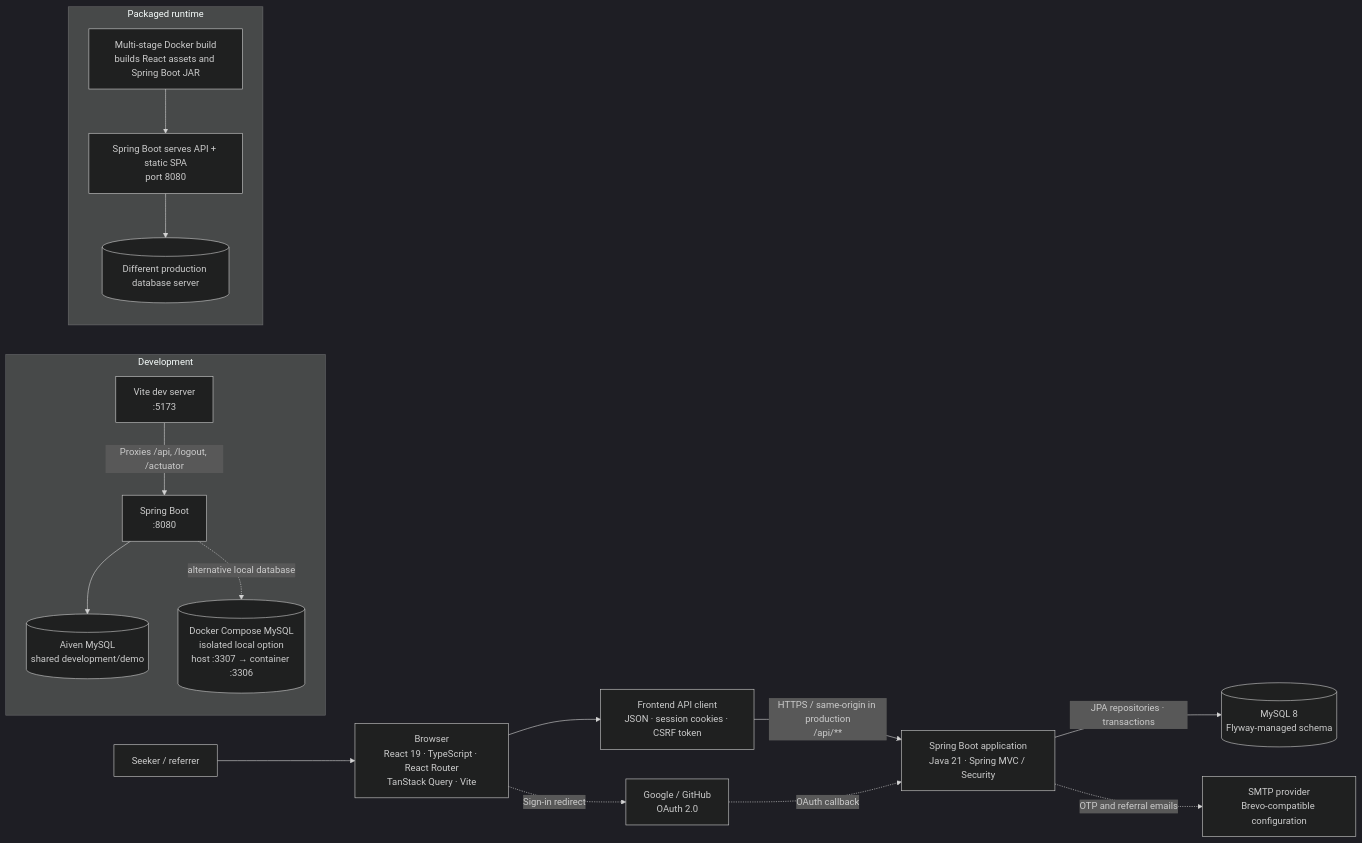
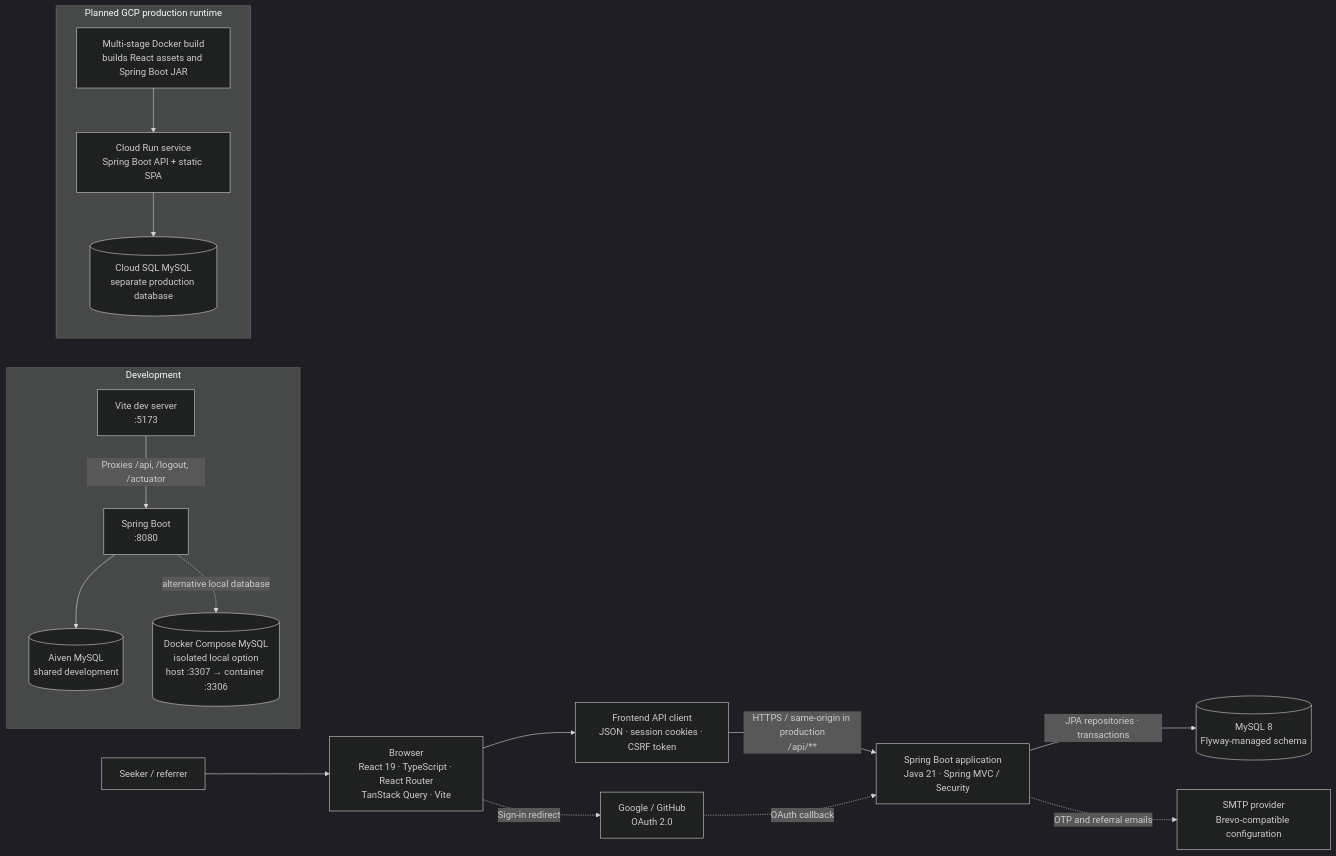
The first of 4 diagrams in docs/ARCHITECTURE.md (Pratik-M1110/referral-portal-poc), drawn with Mermaid (dark theme) before and after one commit. The commit also changed other lines of this file and 7 other files, not shown here.

````diff
--- a/docs/ARCHITECTURE.md
+++ b/docs/ARCHITECTURE.md
@@ -9,36 +9,36 @@
 ```mermaid
 flowchart LR
     person["Seeker / referrer"]
     browser["Browser<br/>React 19 · TypeScript · React Router<br/>TanStack Query · Vite"]
     apiClient["Frontend API client<br/>JSON · session cookies · CSRF token"]
     oauth["Google / GitHub<br/>OAuth 2.0"]
     app["Spring Boot application<br/>Java 21 · Spring MVC / Security"]
     mysql[("MySQL 8<br/>Flyway-managed schema")]
     smtp["SMTP provider<br/>Brevo-compatible configuration"]
 
     person --> browser
     browser --> apiClient
     apiClient -->|"HTTPS / same-origin in production<br/>/api/**"| app
     browser -. "Sign-in redirect" .-> oauth
     oauth -. "OAuth callback" .-> app
     app -->|"JPA repositories · transactions"| mysql
     app -. "OTP and referral emails" .-> smtp
 
     subgraph dev["Development"]
         vite["Vite dev server<br/>:5173"]
         boot["Spring Boot<br/>:8080"]
-        aiven[("Aiven MySQL<br/>shared development/demo")]
+        aiven[("Aiven MySQL<br/>shared development")]
         docker[("Docker Compose MySQL<br/>isolated local option<br/>host :3307 → container :3306")]
         vite -->|"Proxies /api, /logout, /actuator"| boot
         boot --> aiven
         boot -. "alternative local database" .-> docker
     end
 
-    subgraph deploy["Packaged runtime"]
+    subgraph deploy["Planned GCP production runtime"]
         image["Multi-stage Docker build<br/>builds React assets and Spring Boot JAR"]
-        one["Spring Boot serves API + static SPA<br/>port 8080"]
-        externaldb[("Different production database server")]
+        one["Cloud Run service<br/>Spring Boot API + static SPA"]
+        externaldb[("Cloud SQL MySQL<br/>separate production database")]
         image --> one
         one --> externaldb
     end
 ```
````
